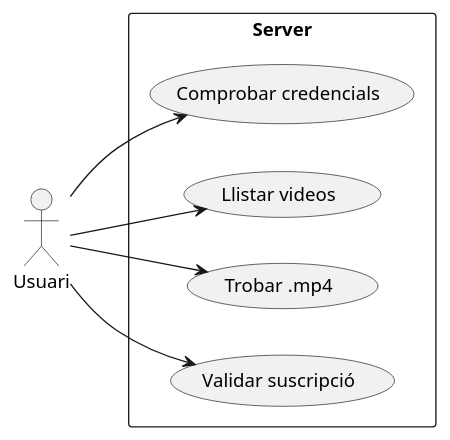
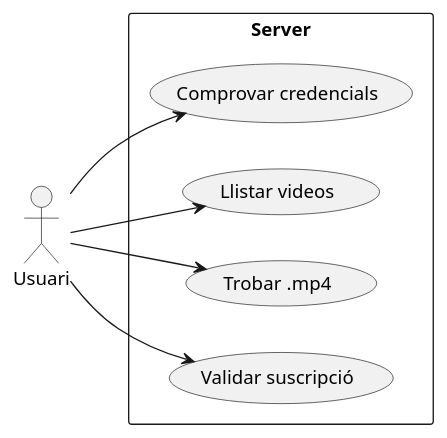
The diagram in doc/appCliente.md (Toxolo/ProyecteIntermodular), drawn with PlantUML before and after one commit. The commit also changed other lines of this file and 3 other files, not shown here.

````diff
--- a/doc/appCliente.md
+++ b/doc/appCliente.md
@@ -1,19 +3,23 @@
+```uml
+
 @startuml
 left to right direction
 
 actor Usuari
 
 rectangle "Server" {
-  usecase "Comprobar credencials" as RV
+  usecase "Comprovar credencials" as RV
   usecase "Llistar videos" as IS
   usecase "Trobar .mp4" as EC
   usecase "Validar suscripció" as CF
 }
 
 Usuari --> IS
 Usuari --> EC
 Usuari --> CF
 Usuari --> RV
 
 
 @enduml
+
+```
````
